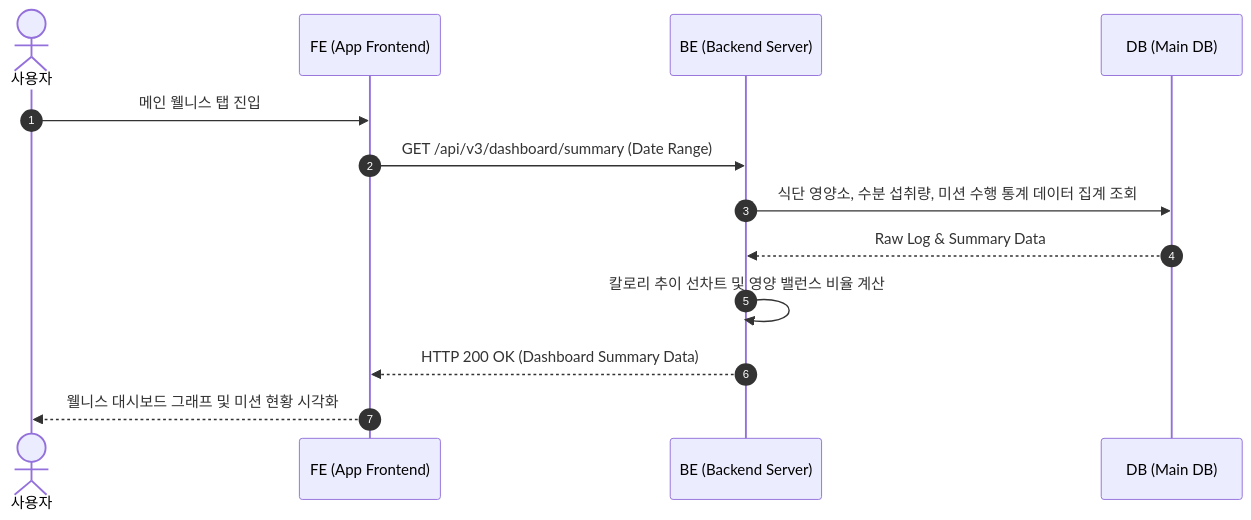
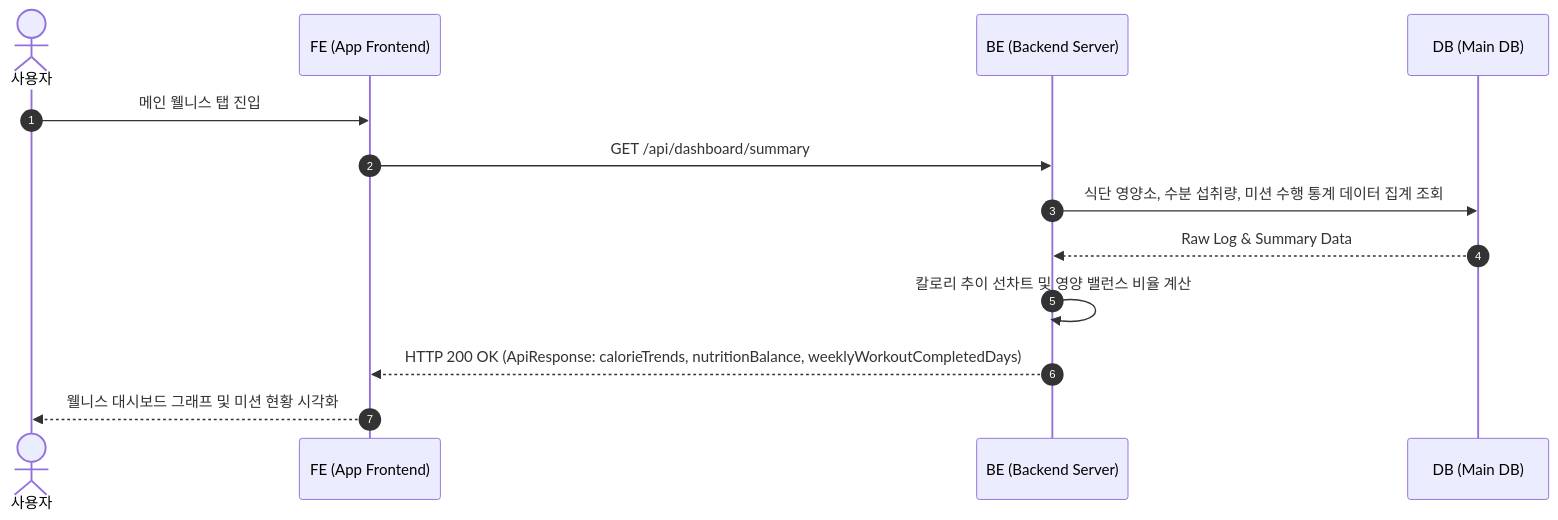
Before and after one commit to wooddang-gachon/NASA_backEnd: the fifth of 7 diagrams in docs/2. v3/4. Sequence Diagram.md, drawn with Mermaid. The commit also changed other lines of this file and 123 other files, not shown here.

````diff
--- a/docs/2. v3/4. Sequence Diagram.md
+++ b/docs/2. v3/4. Sequence Diagram.md
@@ -141,16 +168,16 @@
 ```mermaid
 sequenceDiagram
     autonumber
     actor User as 사용자
     participant FE as FE (App Frontend)
     participant BE as BE (Backend Server)
     participant DB as DB (Main DB)
 
     User->>FE: 메인 웰니스 탭 진입
-    FE->>BE: GET /api/v3/dashboard/summary (Date Range)
+    FE->>BE: GET /api/dashboard/summary
     BE->>DB: 식단 영양소, 수분 섭취량, 미션 수행 통계 데이터 집계 조회
     DB-->>BE: Raw Log & Summary Data
     BE->>BE: 칼로리 추이 선차트 및 영양 밸런스 비율 계산
-    BE-->>FE: HTTP 200 OK (Dashboard Summary Data)
+    BE-->>FE: HTTP 200 OK (ApiResponse: calorieTrends, nutritionBalance, weeklyWorkoutCompletedDays)
     FE-->>User: 웰니스 대시보드 그래프 및 미션 현황 시각화
 ```
````
